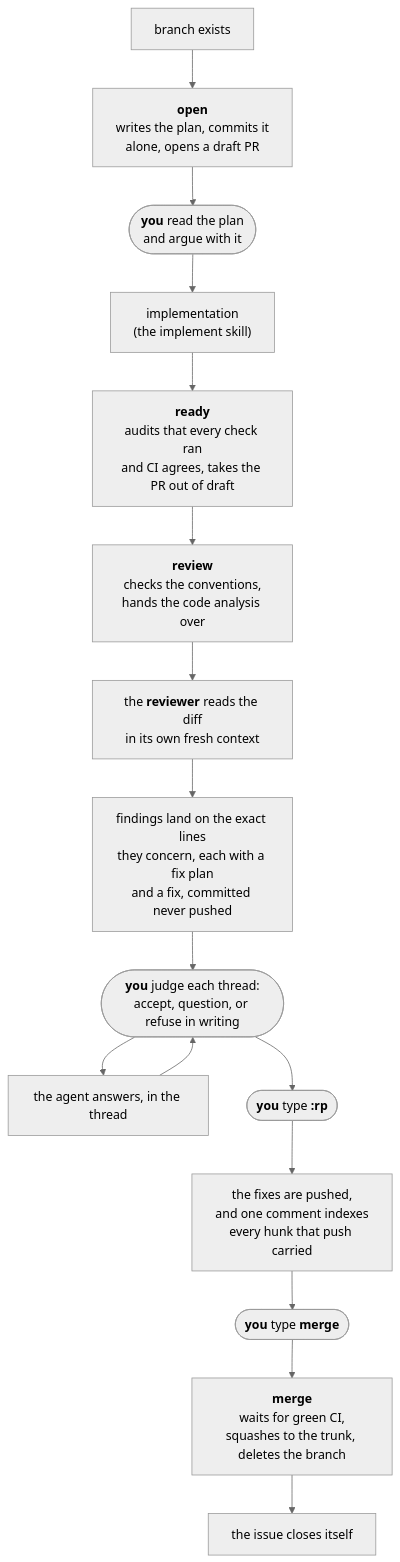
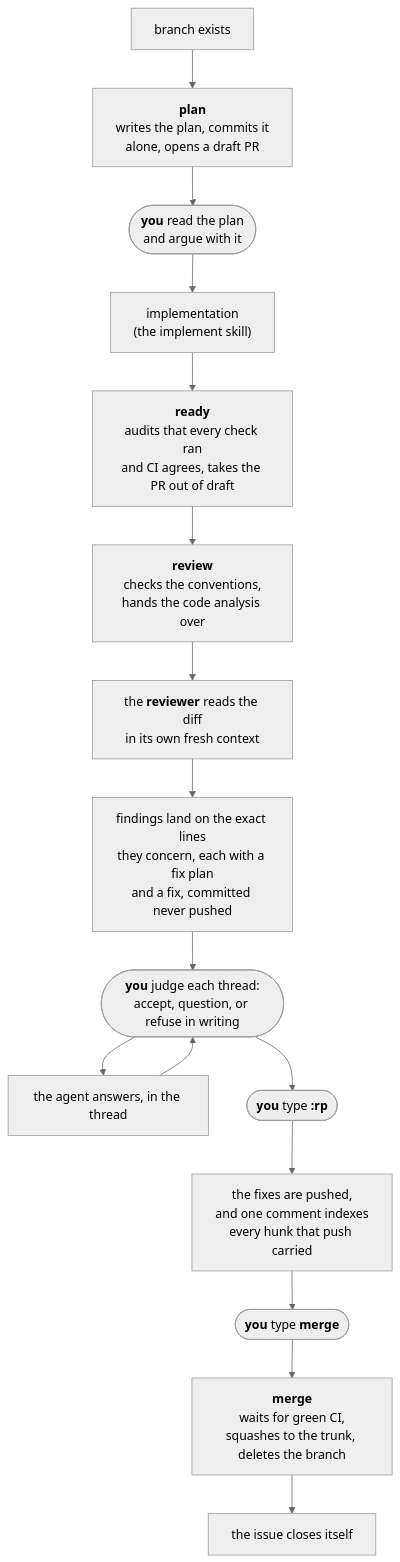
The diagram in plugins/gh-solo/skills/pr-flow/README.md (izkreny/agentifico), drawn with Mermaid (neutral theme) before and after one commit. The commit also changed 11 other files, not shown here.

First line of the commit message:
feat(gh-solo)!: give each pr-flow action one word (#467)

````diff
--- a/plugins/gh-solo/skills/pr-flow/README.md
+++ b/plugins/gh-solo/skills/pr-flow/README.md
@@ -24,18 +24,18 @@
 ```mermaid
 flowchart TD
-    A["branch exists"] --> B["<b>open</b><br/>writes the plan, commits it<br/>alone, opens a draft PR"]
+    A["branch exists"] --> B["<b>plan</b><br/>writes the plan, commits it<br/>alone, opens a draft PR"]
     B --> STOP(["<b>you</b> read the plan<br/>and argue with it"])
     STOP --> C["implementation<br/>(the implement skill)"]
     C --> D["<b>ready</b><br/>audits that every check ran<br/>and CI agrees, takes the PR out of draft"]
     D --> E["<b>review</b><br/>checks the conventions,<br/>hands the code analysis over"]
     E --> F["the <b>reviewer</b> reads the diff<br/>in its own fresh context"]
     F --> G["findings land on the exact lines<br/>they concern, each with a fix plan<br/>and a fix, committed never pushed"]
     G --> Q(["<b>you</b> judge each thread:<br/>accept, question, or refuse in writing"])
     Q --> R["the agent answers, in the thread"]
     R --> Q
     Q --> S(["<b>you</b> type <b>:rp</b>"])
     S --> T["the fixes are pushed,<br/>and one comment indexes<br/>every hunk that push carried"]
     T --> U(["<b>you</b> type <b>merge</b>"])
     U --> J["<b>merge</b><br/>waits for green CI,<br/>squashes to the trunk, deletes the branch"]
     J --> K["the issue closes itself"]
 ```
````
